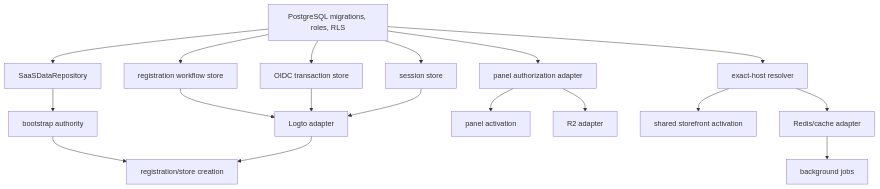
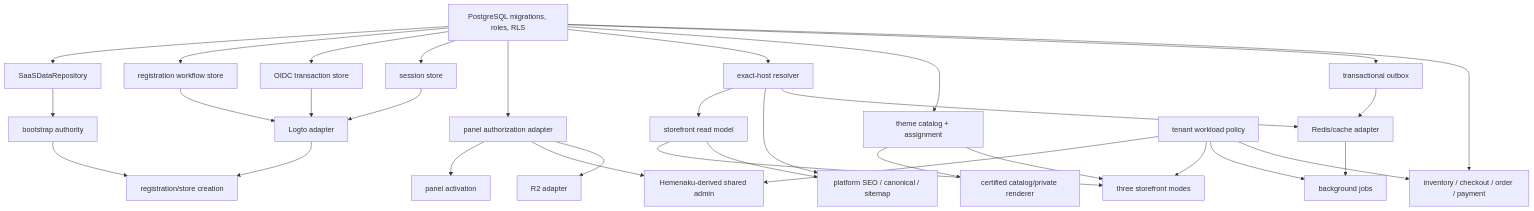
Before and after one commit to Webintoshi/ecommerce.celebix: the diagram in docs/architecture/saas-phase2-persistent-adapters.md, drawn with Mermaid. The commit also changed other lines of this file and 5 other files, not shown here.

Commit message:
docs(saas): align phase two plan with commerce themes and seo

````diff
--- a/docs/architecture/saas-phase2-persistent-adapters.md
+++ b/docs/architecture/saas-phase2-persistent-adapters.md
@@ -333,20 +491,34 @@
 ```mermaid
 flowchart TD
   DB["PostgreSQL migrations, roles, RLS"] --> Repo["SaaSDataRepository"]
   DB --> Workflow["registration workflow store"]
   DB --> OIDCStore["OIDC transaction store"]
   DB --> Session["session store"]
   DB --> Authz["panel authorization adapter"]
   DB --> Resolver["exact-host resolver"]
   Repo --> Bootstrap["bootstrap authority"]
   Workflow --> OIDC["Logto adapter"]
   OIDCStore --> OIDC
   Session --> OIDC
   Authz --> Panel["panel activation"]
+  Authz --> SharedAdmin["Hemenaku-derived shared admin"]
+  DB --> Theme["theme catalog + assignment"]
+  Theme --> Renderer["certified catalog/private renderer"]
   Bootstrap --> Registration["registration/store creation"]
   OIDC --> Registration
-  Resolver --> Storefront["shared storefront activation"]
+  Resolver --> ReadModel["storefront read model"]
+  ReadModel --> Storefront["three storefront modes"]
+  Theme --> Storefront
+  Resolver --> SEO["platform SEO / canonical / sitemap"]
+  ReadModel --> SEO
   Resolver --> Cache["Redis/cache adapter"]
   Authz --> R2["R2 adapter"]
+  DB --> Outbox["transactional outbox"]
+  Outbox --> Cache
   Cache --> Jobs["background jobs"]
+  DB --> Commerce["inventory / checkout / order / payment"]
+  Policy["tenant workload policy"] --> SharedAdmin
+  Policy --> Storefront
+  Policy --> Jobs
+  Policy --> Commerce
 ```
````
